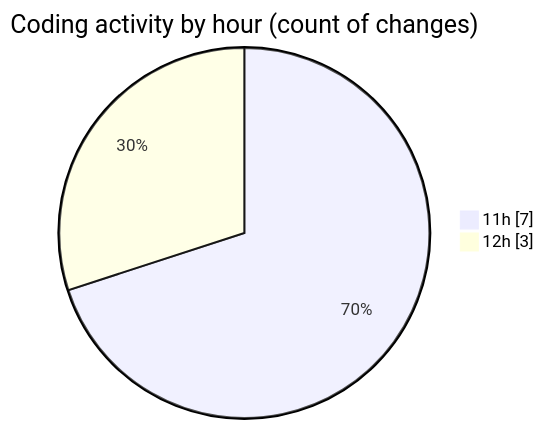
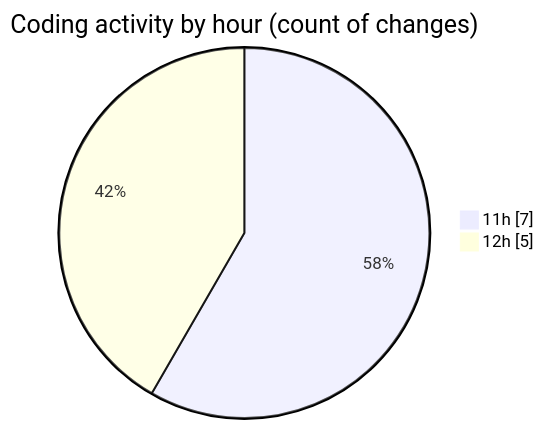
Before and after one commit to debugP/code-tracking: the second of 2 diagrams in 2025-10-22/untitled__workspace_/README.md, drawn with Mermaid. The commit also changed other lines of this file and 1 other file, not shown here.

````diff
--- a/2025-10-22/untitled__workspace_/README.md
+++ b/2025-10-22/untitled__workspace_/README.md
@@ -28,6 +28,6 @@
 ```mermaid
 pie showData
 title Coding activity by hour (count of changes)
 "11h" : 7
-"12h" : 3
+"12h" : 5
 ```
````
